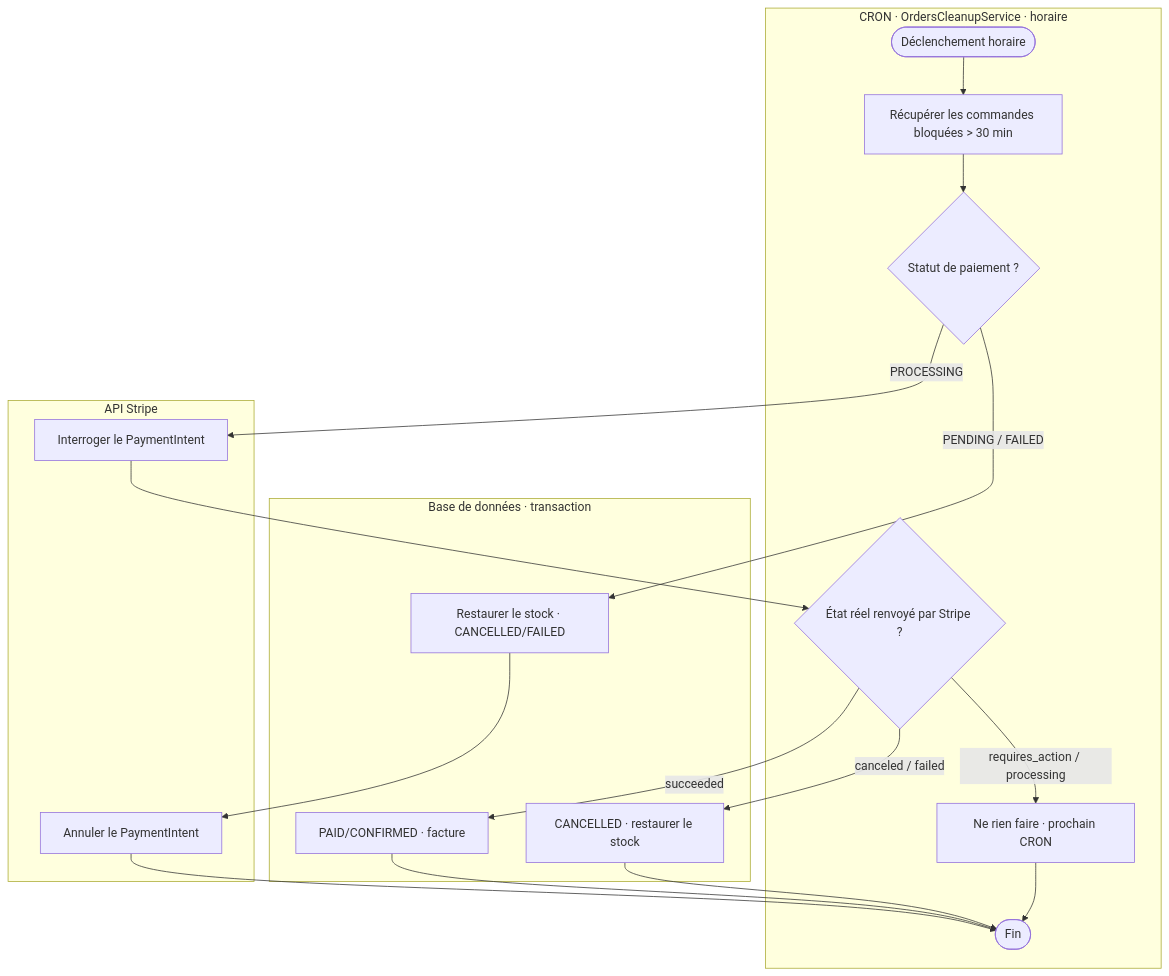
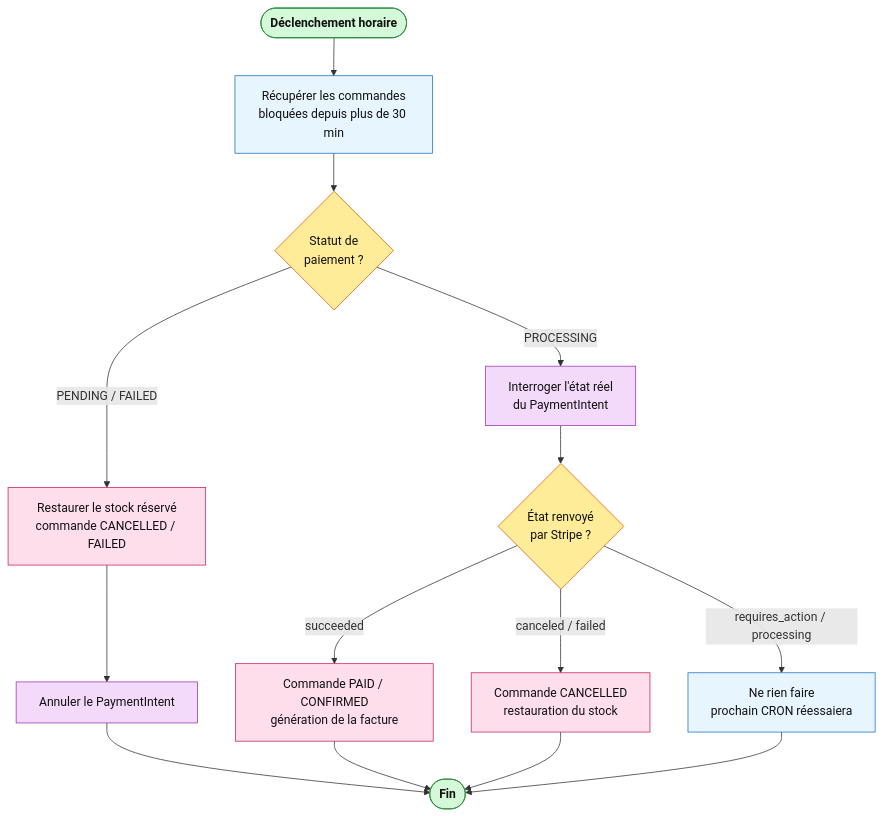
Before and after one commit to tonympt/dossier-projet-cda: the diagram in diagrammes/activite-reconciliation-cron.md, drawn with Mermaid. The commit also changed other lines of this file, not shown here.

Commit message:
docs(diagrammes): activité réconciliation stylisée (code couleur par système)

````diff
--- a/diagrammes/activite-reconciliation-cron.md
+++ b/diagrammes/activite-reconciliation-cron.md
@@ -44,24 +11,27 @@
 ```mermaid
 flowchart TD
-    subgraph CRON["CRON · OrdersCleanupService · horaire"]
-        start([Déclenchement horaire]) --> scan[Récupérer les commandes bloquées &gt; 30 min]
-        scan --> dtype{Statut de paiement ?}
-        sdec{État réel renvoyé par Stripe ?}
-        wait[Ne rien faire · prochain CRON]
-        stop([Fin])
-    end
-    subgraph STRIPE["API Stripe"]
-        queryPI[Interroger le PaymentIntent]
-        cancelPI[Annuler le PaymentIntent]
-    end
-    subgraph BDD["Base de données · transaction"]
-        abandon[Restaurer le stock · CANCELLED/FAILED]
-        finalize[PAID/CONFIRMED · facture]
-        cancelFree[CANCELLED · restaurer le stock]
-    end
-    dtype -->|"PENDING / FAILED"| abandon --> cancelPI --> stop
-    dtype -->|"PROCESSING"| queryPI --> sdec
-    sdec -->|succeeded| finalize --> stop
-    sdec -->|"canceled / failed"| cancelFree --> stop
-    sdec -->|"requires_action / processing"| wait --> stop
+    classDef se fill:#d3f9d8,stroke:#2b8a3e,color:#111,font-weight:bold
+    classDef dec fill:#ffec99,stroke:#e8590c,color:#111
+    classDef cron fill:#e7f5ff,stroke:#1971c2,color:#111
+    classDef stripe fill:#f3d9fa,stroke:#9c36b5,color:#111
+    classDef db fill:#ffdeeb,stroke:#c2255c,color:#111
+
+    S([Déclenchement horaire]):::se
+    SCAN["Récupérer les commandes<br/>bloquées depuis plus de 30 min"]:::cron
+    D1{"Statut de<br/>paiement ?"}:::dec
+    AB["Restaurer le stock réservé<br/>commande CANCELLED / FAILED"]:::db
+    CP["Annuler le PaymentIntent"]:::stripe
+    QP["Interroger l'état réel<br/>du PaymentIntent"]:::stripe
+    D2{"État renvoyé<br/>par Stripe ?"}:::dec
+    FIN["Commande PAID / CONFIRMED<br/>génération de la facture"]:::db
+    CF["Commande CANCELLED<br/>restauration du stock"]:::db
+    W["Ne rien faire<br/>prochain CRON réessaiera"]:::cron
+    E([Fin]):::se
+
+    S --> SCAN --> D1
+    D1 -->|"PENDING / FAILED"| AB --> CP --> E
+    D1 -->|"PROCESSING"| QP --> D2
+    D2 -->|"succeeded"| FIN --> E
+    D2 -->|"canceled / failed"| CF --> E
+    D2 -->|"requires_action / processing"| W --> E
 ```
````
